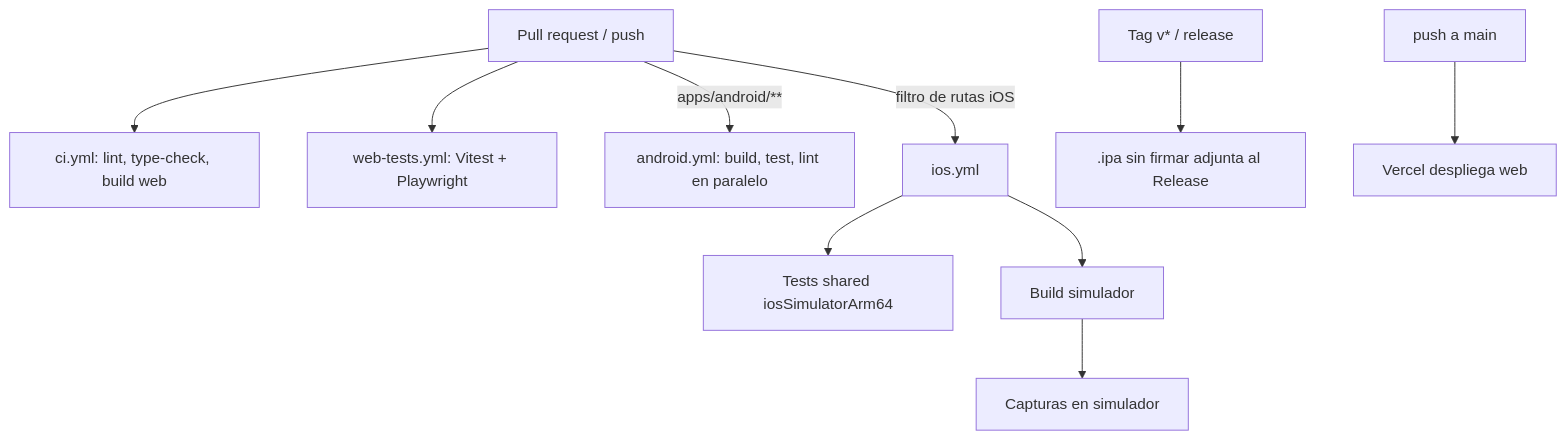
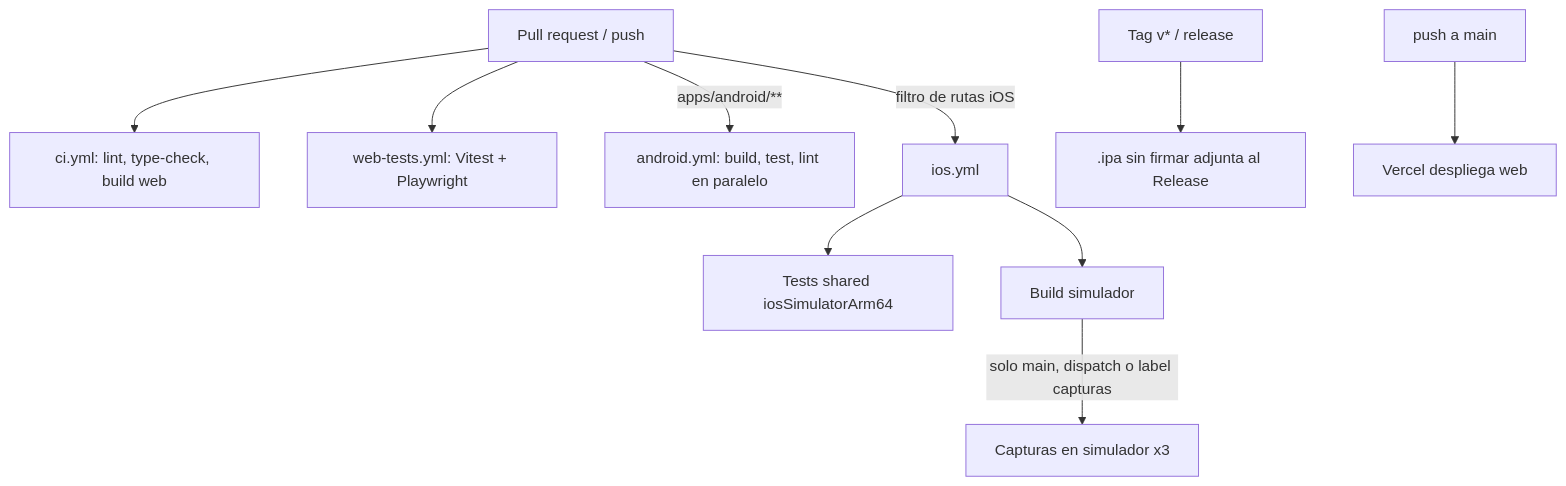
The second of 2 diagrams in docs/ARQUITECTURA.md (jhonatanJJ2006/Gacelas), drawn with Mermaid before and after one commit. The commit also changed other lines of this file and 1 other file, not shown here.

Commit message:
docs: actualizar arquitectura a main (CI de #57, contexto cuenta de #61)

````diff
--- a/docs/ARQUITECTURA.md
+++ b/docs/ARQUITECTURA.md
@@ -87,12 +87,12 @@
 ```mermaid
 graph TD
     PR[Pull request / push] --> CI[ci.yml: lint, type-check, build web]
     PR --> WT[web-tests.yml: Vitest + Playwright]
     PR -->|apps/android/**| AN[android.yml: build, test, lint en paralelo]
     PR -->|filtro de rutas iOS| IO[ios.yml]
     IO --> TS[Tests shared iosSimulatorArm64]
     IO --> BS[Build simulador]
-    BS --> CAP[Capturas en simulador]
+    BS -->|solo main, dispatch o label capturas| CAP[Capturas en simulador x3]
     TAG[Tag v* / release] --> IPA[.ipa sin firmar adjunta al Release]
     MAIN[push a main] --> VER[Vercel despliega web]
 ```
````
